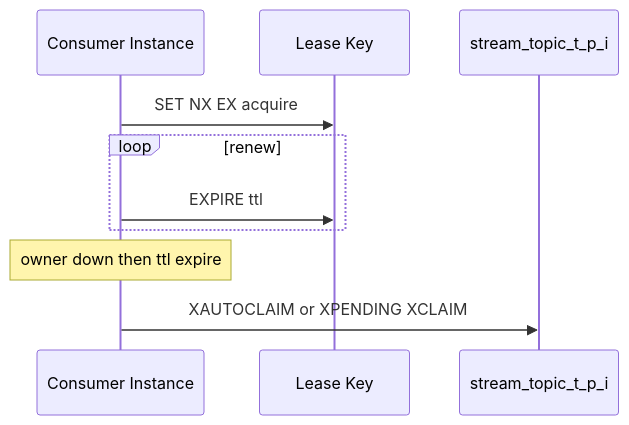
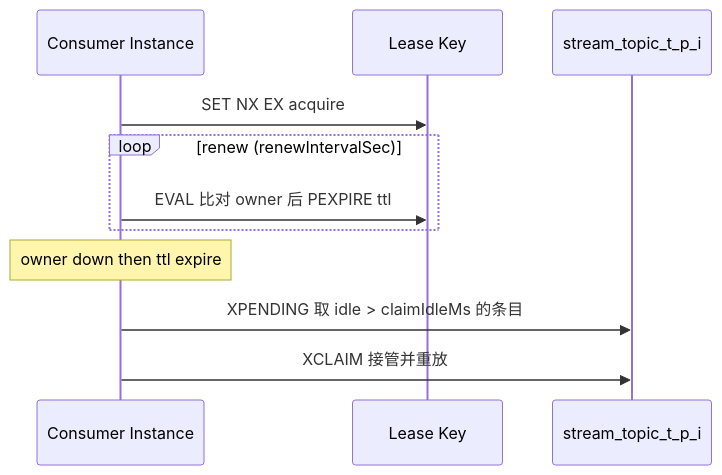
The third of 3 diagrams in docs/MQ-Broker-Interaction.md (cuihairu/redis-streaming), drawn with Mermaid before and after one commit. The commit also changed other lines of this file and 26 other files, not shown here.

````diff
--- a/docs/MQ-Broker-Interaction.md
+++ b/docs/MQ-Broker-Interaction.md
@@ -63,12 +80,13 @@
 ```mermaid
 sequenceDiagram
   participant C as Consumer Instance
   participant L as Lease Key
   participant S as stream_topic_t_p_i
   C->>L: SET NX EX acquire
-  loop renew
-    C->>L: EXPIRE ttl
+  loop renew (renewIntervalSec)
+    C->>L: EVAL 比对 owner 后 PEXPIRE ttl
   end
   Note over C: owner down then ttl expire
-  C->>S: XAUTOCLAIM or XPENDING XCLAIM
+  C->>S: XPENDING 取 idle > claimIdleMs 的条目
+  C->>S: XCLAIM 接管并重放
 ```
````
